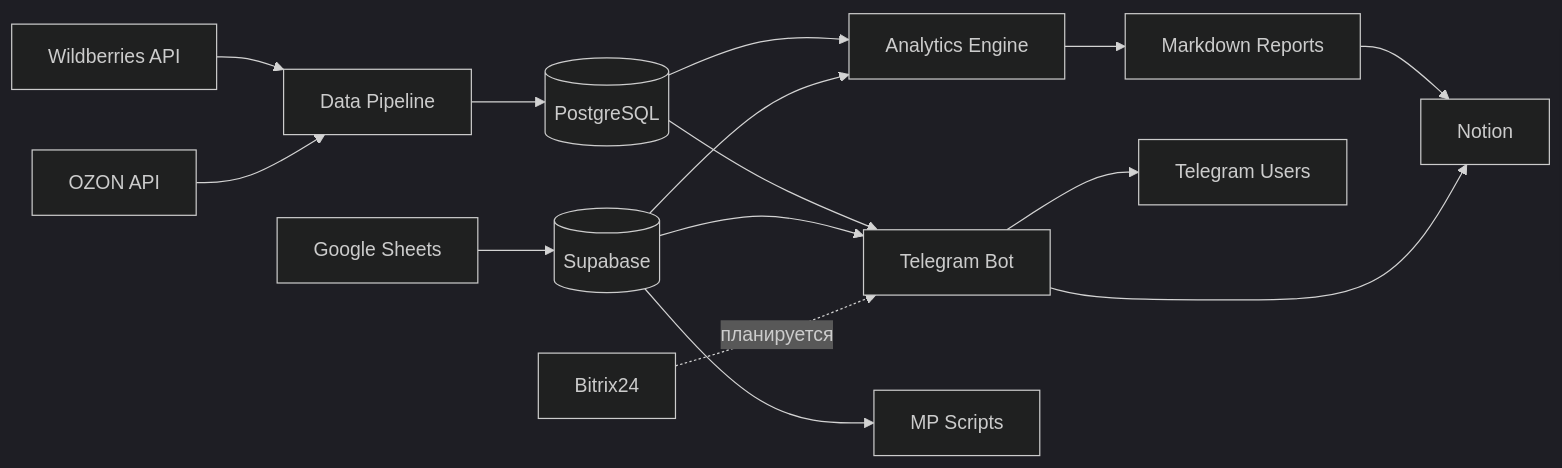
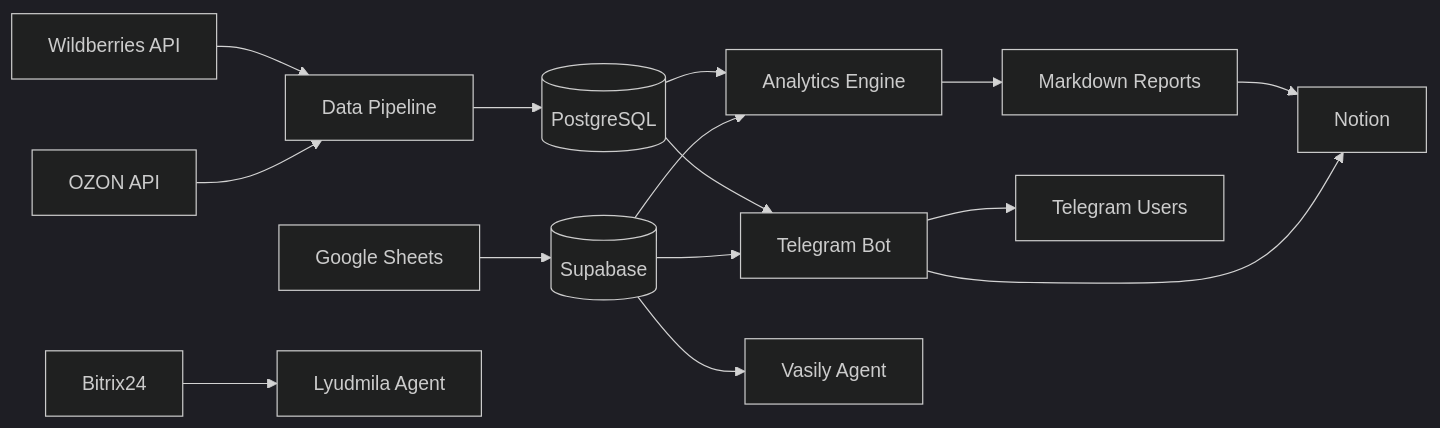
One commit to danila-matveev/Wookiee changed the first of 2 diagrams in README.md. Above: the diagram before and after it, drawn with Mermaid (dark theme). The commit also changed other lines of this file and 289 other files, not shown here.

````diff
--- a/README.md
+++ b/README.md
@@ -21,17 +21,17 @@
 ```mermaid
 graph LR
     WB[Wildberries API] --> ETL[Data Pipeline]
     OZ[OZON API] --> ETL
     ETL --> PG[(PostgreSQL)]
     PG --> AE[Analytics Engine]
     PG --> BOT[Telegram Bot]
     AE --> MD[Markdown Reports]
     MD --> NOT[Notion]
     BOT --> TG[Telegram Users]
     BOT --> NOT
     GS[Google Sheets] --> SB[(Supabase)]
     SB --> AE
     SB --> BOT
-    SB --> MP[MP Scripts]
-    B24[Bitrix24] -.->|планируется| BOT
+    SB --> VAS[Vasily Agent]
+    B24[Bitrix24] --> LYU[Lyudmila Agent]
 ```
````
